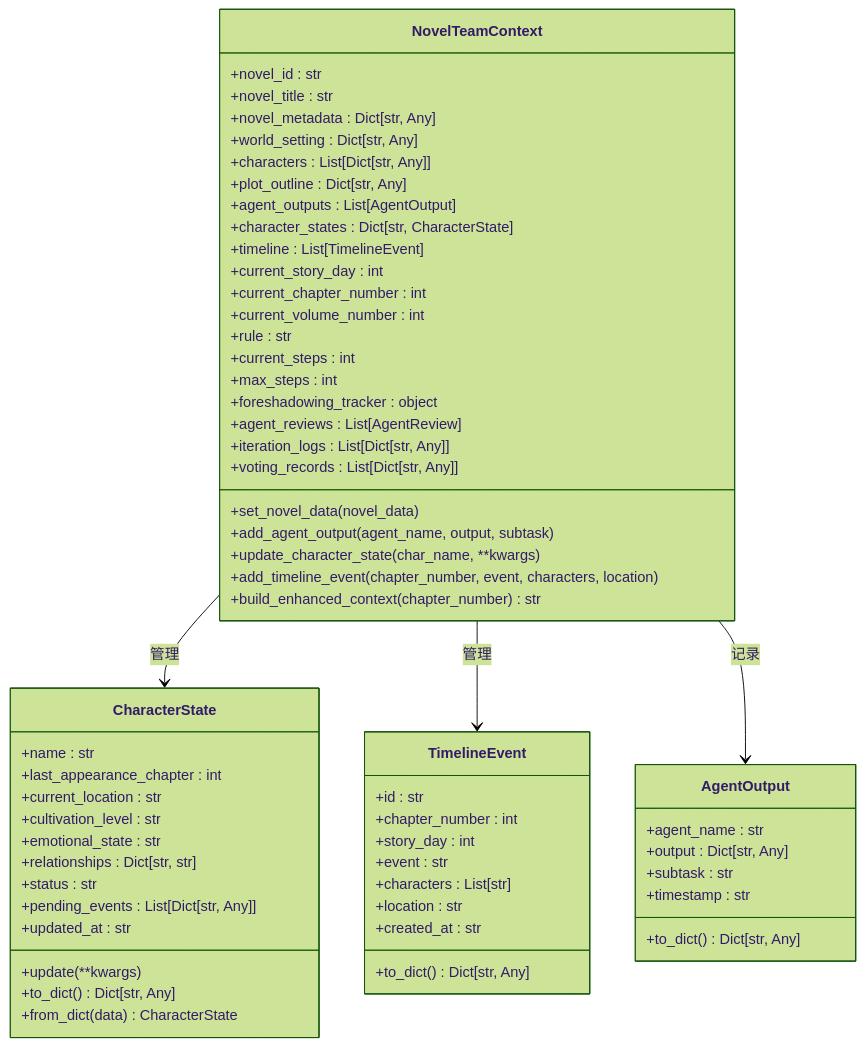
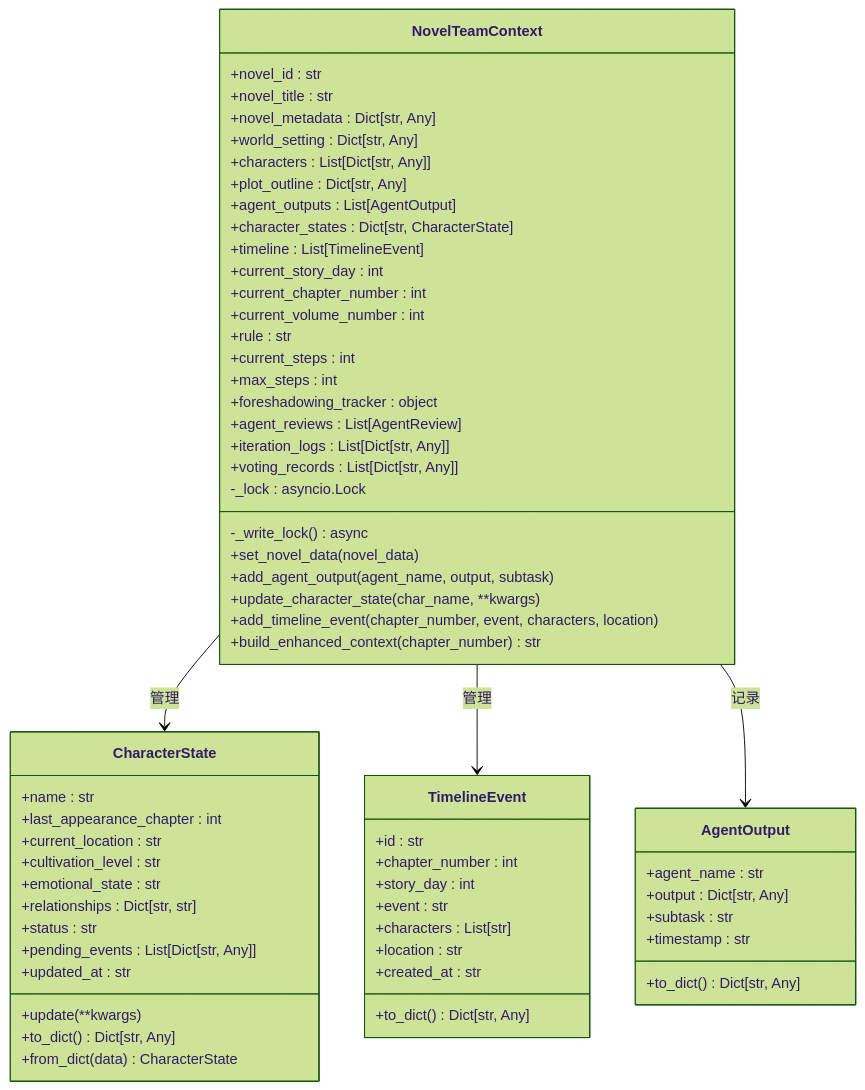
The tenth of 21 diagrams in .qoder/repowiki/zh/content/AI智能体系统/Agent协作框架.md (xfbyxq/ai-novel-system), drawn with Mermaid (forest theme) before and after one commit. The commit also changed other lines of this file and 10 other files, not shown here.

````diff
--- a/.qoder/repowiki/zh/content/AI智能体系统/Agent协作框架.md
+++ b/.qoder/repowiki/zh/content/AI智能体系统/Agent协作框架.md
@@ -474,63 +486,65 @@
 ```mermaid
 classDiagram
 class NovelTeamContext {
 +novel_id : str
 +novel_title : str
 +novel_metadata : Dict[str, Any]
 +world_setting : Dict[str, Any]
 +characters : List[Dict[str, Any]]
 +plot_outline : Dict[str, Any]
 +agent_outputs : List[AgentOutput]
 +character_states : Dict[str, CharacterState]
 +timeline : List[TimelineEvent]
 +current_story_day : int
 +current_chapter_number : int
 +current_volume_number : int
 +rule : str
 +current_steps : int
 +max_steps : int
 +foreshadowing_tracker : object
 +agent_reviews : List[AgentReview]
 +iteration_logs : List[Dict[str, Any]]
 +voting_records : List[Dict[str, Any]]
+-_lock : asyncio.Lock
+-_write_lock() async
 +set_novel_data(novel_data)
 +add_agent_output(agent_name, output, subtask)
 +update_character_state(char_name, **kwargs)
 +add_timeline_event(chapter_number, event, characters, location)
 +build_enhanced_context(chapter_number) str
 }
 class CharacterState {
 +name : str
 +last_appearance_chapter : int
 +current_location : str
 +cultivation_level : str
 +emotional_state : str
 +relationships : Dict[str, str]
 +status : str
 +pending_events : List[Dict[str, Any]]
 +updated_at : str
 +update(**kwargs)
 +to_dict() Dict[str, Any]
 +from_dict(data) CharacterState
 }
 class TimelineEvent {
 +id : str
 +chapter_number : int
 +story_day : int
 +event : str
 +characters : List[str]
 +location : str
 +created_at : str
 +to_dict() Dict[str, Any]
 }
 class AgentOutput {
 +agent_name : str
 +output : Dict[str, Any]
 +subtask : str
 +timestamp : str
 +to_dict() Dict[str, Any]
 }
 NovelTeamContext --> CharacterState : 管理
 NovelTeamContext --> TimelineEvent : 管理
 NovelTeamContext --> AgentOutput : 记录
 ```
````
